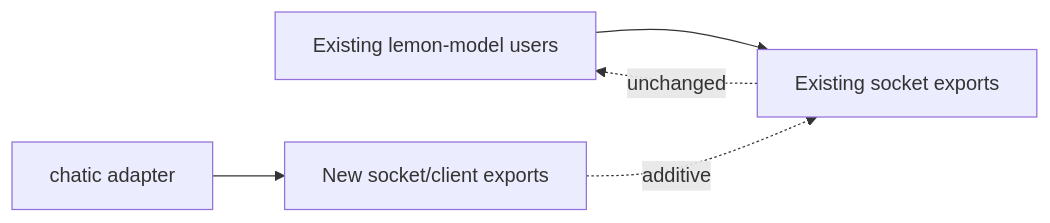
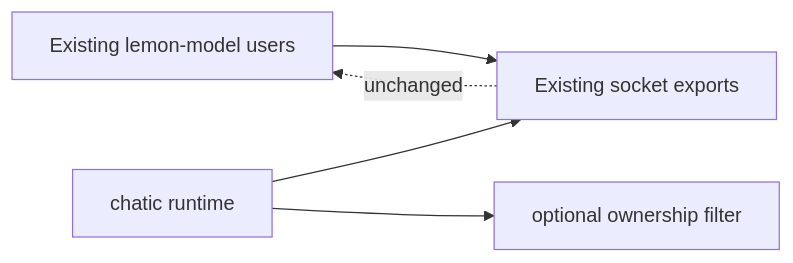
Before and after one commit to lemoncloud-io/lemon-model: the seventh of 7 diagrams in docs/migrate-socket/02-design.md, drawn with Mermaid. The commit also changed other lines of this file and 2 other files, not shown here.

````diff
--- a/docs/migrate-socket/02-design.md
+++ b/docs/migrate-socket/02-design.md
@@ -295,12 +331,12 @@
 ```mermaid
 flowchart LR
     Existing["Existing lemon-model users"]
-    OldAPI["Existing socket exports"]
-    NewAPI["New socket/client exports"]
-    Chatic["chatic adapter"]
+    LemonAPI["Existing socket exports"]
+    Chatic["chatic runtime"]
+    Filter["optional ownership filter"]
 
-    Existing --> OldAPI
-    Chatic --> NewAPI
-    OldAPI -. unchanged .-> Existing
-    NewAPI -. additive .-> OldAPI
+    Existing --> LemonAPI
+    Chatic --> LemonAPI
+    Chatic --> Filter
+    LemonAPI -. unchanged .-> Existing
 ```
````
